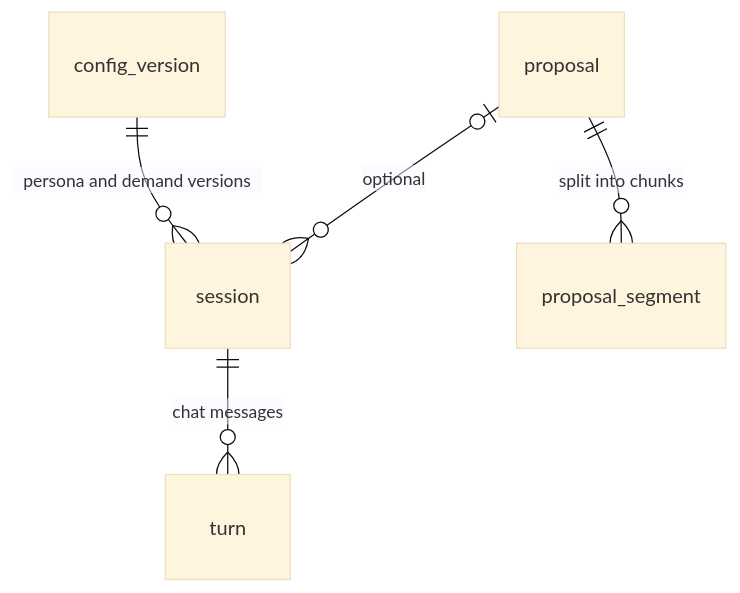
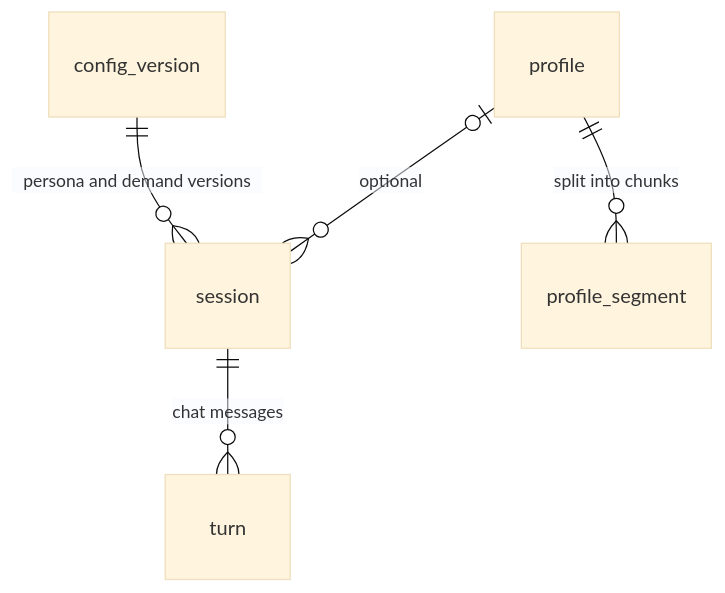
One commit to USTDevGama/Smart_Ops_Pod3 changed the diagram in docs/data-model.md. Above: the diagram before and after it, drawn with Mermaid (base theme). The commit also changed other lines of this file and 34 other files, not shown here.

First line of the commit message:
Rename proposal to profile and lock scenarios to import only

````diff
--- a/docs/data-model.md
+++ b/docs/data-model.md
@@ -32,7 +32,7 @@
 ```mermaid
 erDiagram
   config_version ||--o{ session : "persona and demand versions"
-  proposal ||--o{ proposal_segment : "split into chunks"
-  proposal |o--o{ session : "optional"
+  profile ||--o{ profile_segment : "split into chunks"
+  profile |o--o{ session : "optional"
   session ||--o{ turn : "chat messages"
 ```
````
